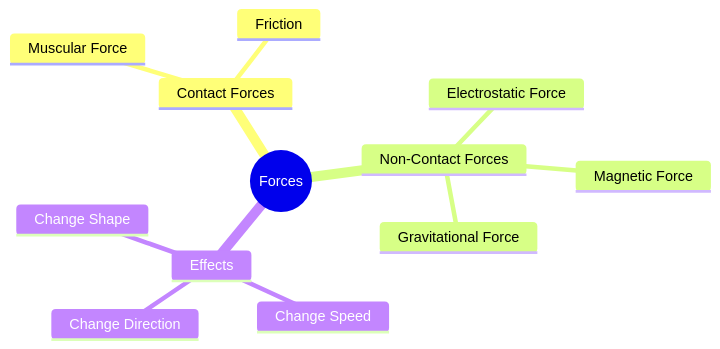
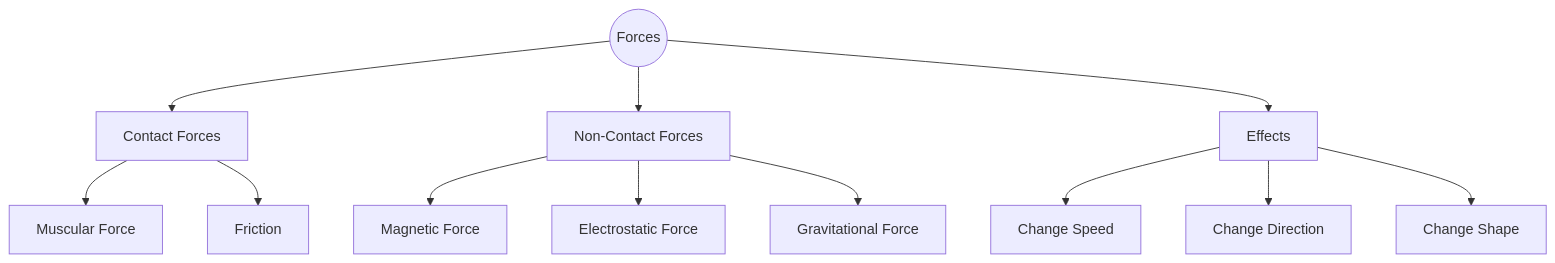
Before and after one commit to cbse-media/content: the diagram in resource/8th/science/5/index.mdx, drawn with Mermaid. The commit also changed 33 other files, not shown here.

````diff
--- a/resource/8th/science/5/index.mdx
+++ b/resource/8th/science/5/index.mdx
@@ -36,15 +36,18 @@
 ```mermaid
-mindmap
+graph TD
   root((Forces))
-    Contact Forces
-      Muscular Force
-      Friction
-    Non-Contact Forces
-      Magnetic Force
-      Electrostatic Force
-      Gravitational Force
-    Effects
-      Change Speed
-      Change Direction
-      Change Shape
+  root --> Contact[Contact Forces]
+  root --> NonContact[Non-Contact Forces]
+  root --> Effects
+
+  Contact --> Muscular[Muscular Force]
+  Contact --> Friction
+
+  NonContact --> Magnetic[Magnetic Force]
+  NonContact --> Electrostatic[Electrostatic Force]
+  NonContact --> Gravitational[Gravitational Force]
+
+  Effects --> ChangeSpeed[Change Speed]
+  Effects --> ChangeDirection[Change Direction]
+  Effects --> ChangeShape[Change Shape]
 ```
````
